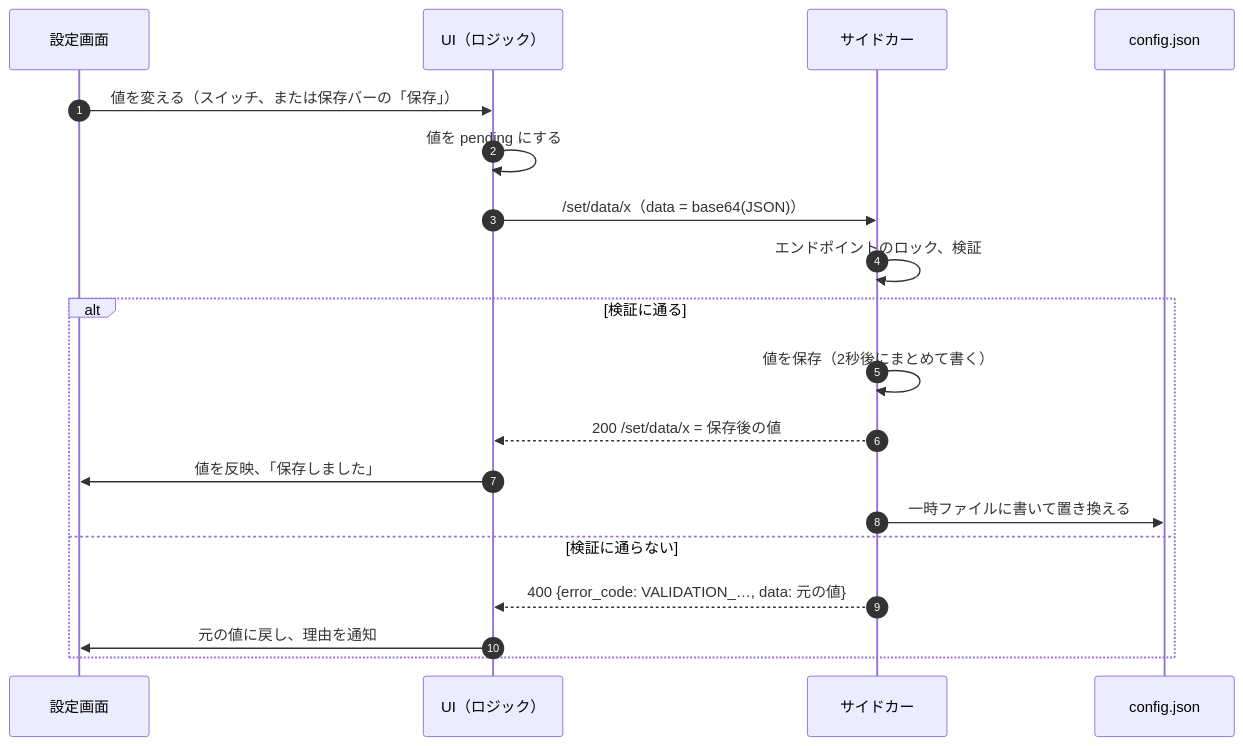
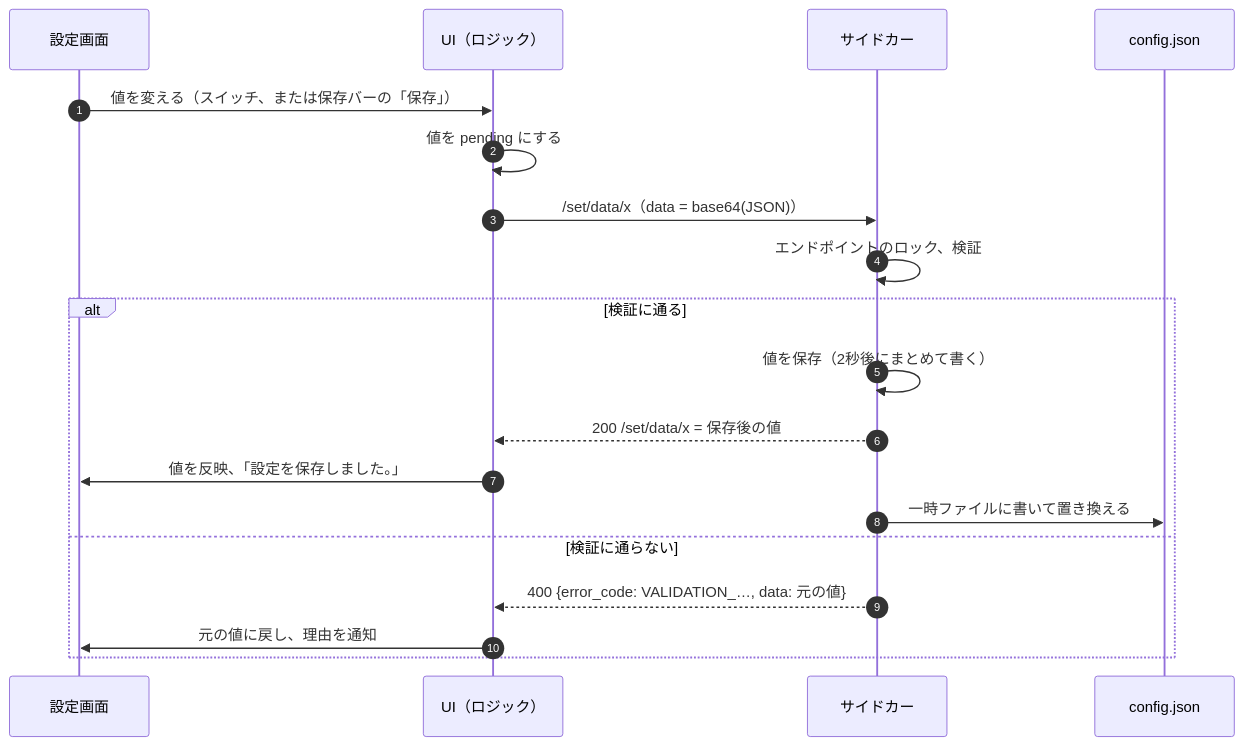
Before and after one commit to kein5/astarot: the ninth of 14 diagrams in docs/spec/sequences.md, drawn with Mermaid. The commit also changed other lines of this file and 19 other files, not shown here.

````diff
--- a/docs/spec/sequences.md
+++ b/docs/spec/sequences.md
@@ -264,21 +264,21 @@
 ```mermaid
 sequenceDiagram
   autonumber
   participant P as 設定画面
   participant UI as UI（ロジック）
   participant S as サイドカー
   participant F as config.json
   P->>UI: 値を変える（スイッチ、または保存バーの「保存」）
   UI->>UI: 値を pending にする
   UI->>S: /set/data/x（data = base64(JSON)）
   S->>S: エンドポイントのロック、検証
   alt 検証に通る
     S->>S: 値を保存（2秒後にまとめて書く）
     S-->>UI: 200 /set/data/x = 保存後の値
-    UI->>P: 値を反映、「保存しました」
+    UI->>P: 値を反映、「設定を保存しました。」
     S->>F: 一時ファイルに書いて置き換える
   else 検証に通らない
     S-->>UI: 400 {error_code: VALIDATION_…, data: 元の値}
     UI->>P: 元の値に戻し、理由を通知
   end
 ```
````
